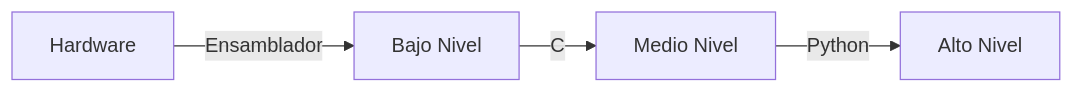
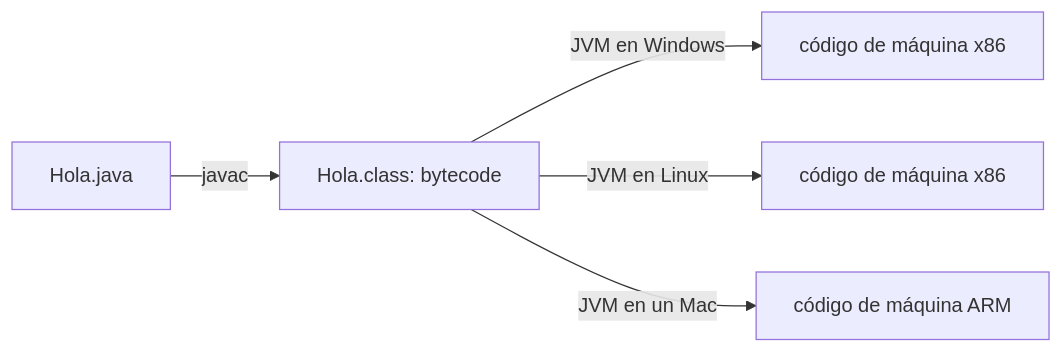
The second of 3 diagrams in public/documents/semester-1/3/1316.md (djaimej/computer-science-template), drawn with Mermaid before and after one commit. The commit also changed other lines of this file and 6 other files, not shown here.

````diff
--- a/public/documents/semester-1/3/1316.md
+++ b/public/documents/semester-1/3/1316.md
@@ -25,6 +109,7 @@
 ```mermaid
 flowchart LR
-H["Hardware"] -- Ensamblador --> BN["Bajo Nivel"]
-BN -- C --> MN["Medio Nivel"]
-MN -- Python --> AN["Alto Nivel"]
+  F["Hola.java"] -- "javac" --> B["Hola.class: bytecode"]
+  B -- "JVM en Windows" --> W["código de máquina x86"]
+  B -- "JVM en Linux" --> L["código de máquina x86"]
+  B -- "JVM en un Mac" --> M["código de máquina ARM"]
 ```
````
